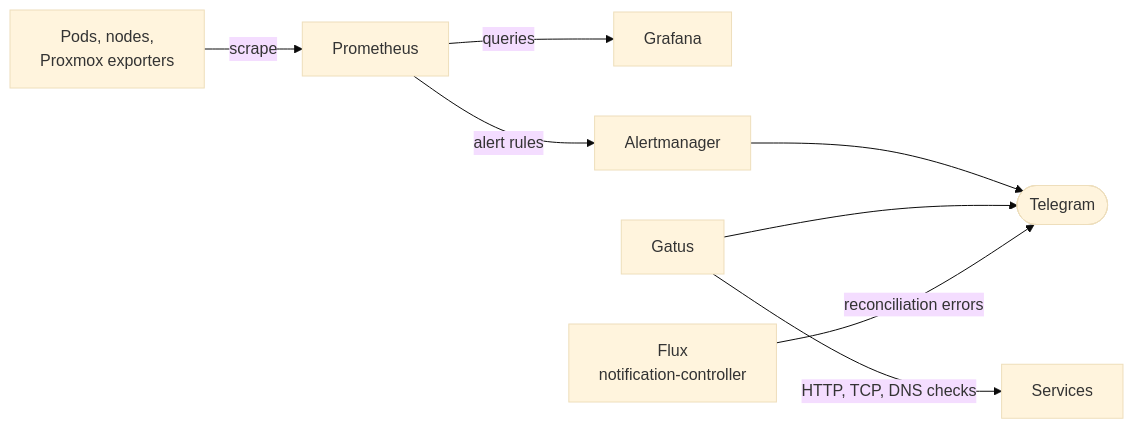
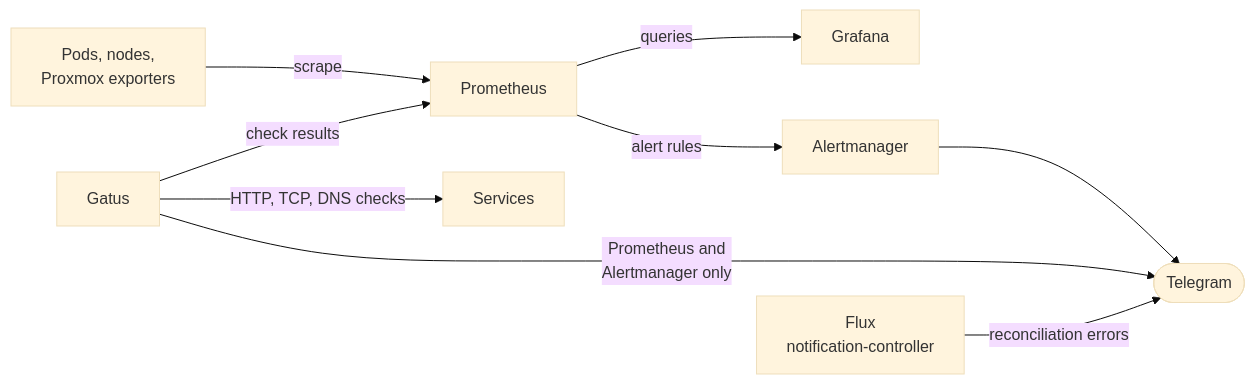
One commit to lucaam/k8s-iannamo changed the diagram in docs/monitoring.en.md. Above: the diagram before and after it, drawn with Mermaid (base theme). The commit also changed other lines of this file and 14 other files, not shown here.

````diff
--- a/docs/monitoring.en.md
+++ b/docs/monitoring.en.md
@@ -3,11 +3,12 @@
 ```mermaid
 flowchart LR
     targets["Pods, nodes,<br/>Proxmox exporters"] -->|scrape| prom["Prometheus"]
     prom -->|queries| grafana["Grafana"]
     prom -->|"alert rules"| am["Alertmanager"]
     gatus["Gatus"] -->|"HTTP, TCP, DNS checks"| services["Services"]
+    gatus -->|"check results"| prom
     flux["Flux<br/>notification-controller"]
     am --> tg(["Telegram"])
-    gatus --> tg
+    gatus -->|"Prometheus and<br/>Alertmanager only"| tg
     flux -->|"reconciliation errors"| tg
 ```
````
